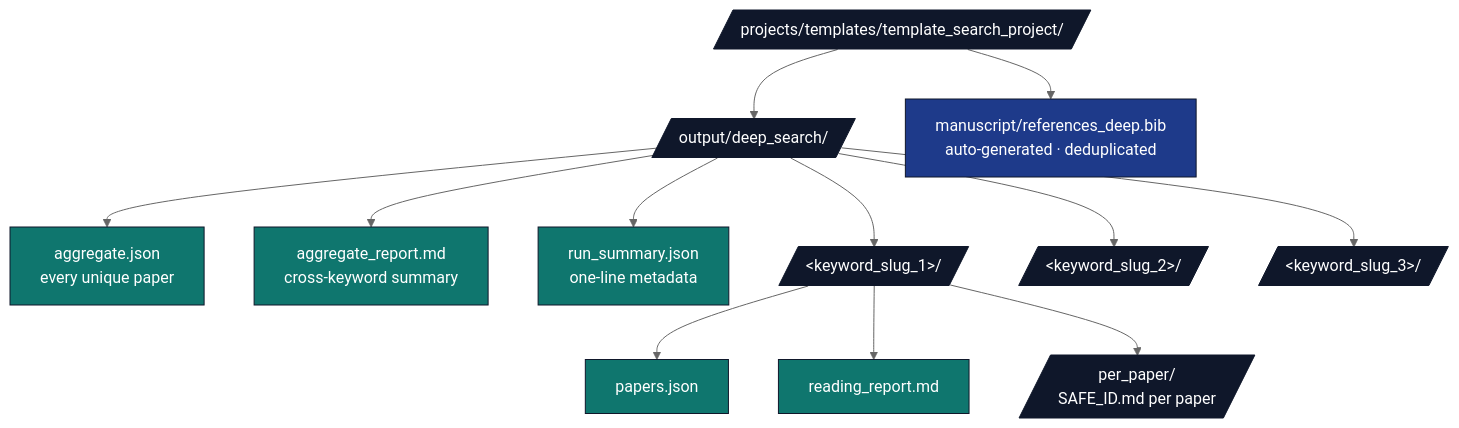
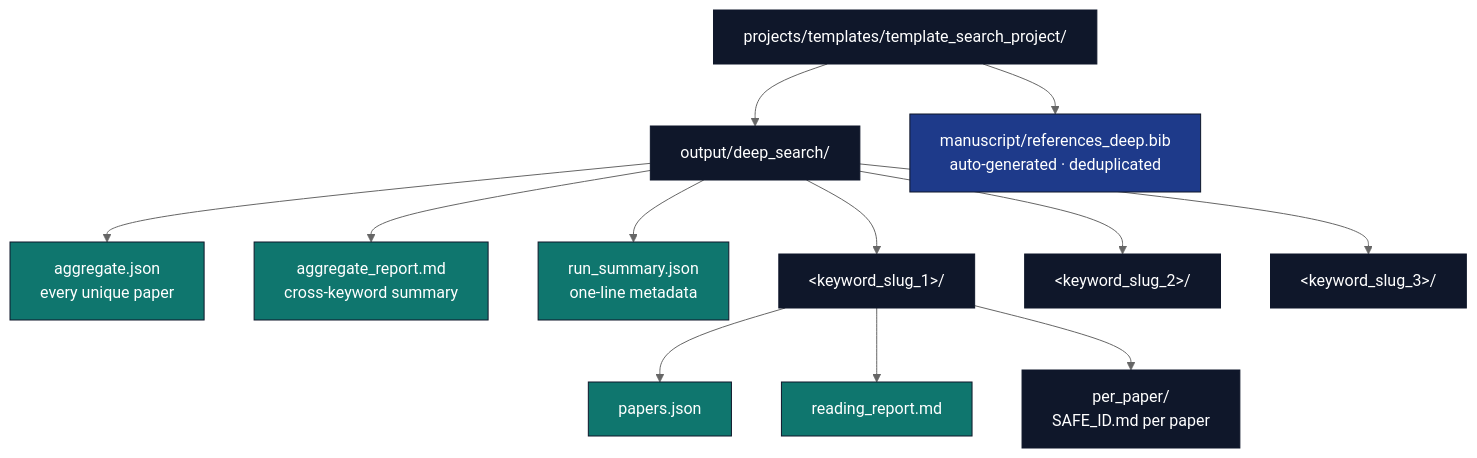
Before and after one commit to docxology/template: the second of 2 diagrams in projects/templates/template_search_project/manuscript/07_deep_search.md, drawn with Mermaid (neutral theme). The commit also changed other lines of this file and 1741 other files, not shown here.

````diff
--- a/projects/templates/template_search_project/manuscript/07_deep_search.md
+++ b/projects/templates/template_search_project/manuscript/07_deep_search.md
@@ -92,24 +92,24 @@
 ```mermaid
 flowchart TB
-    P[/projects/templates/template_search_project//]
-    P --> OUT[/output/deep_search//]
+    P["projects/templates/template_search_project/"]
+    P --> OUT["output/deep_search/"]
     P --> BIB[manuscript/references_deep.bib<br/>auto-generated · deduplicated]
 
     OUT --> AGG[aggregate.json<br/>every unique paper]
     OUT --> AMD[aggregate_report.md<br/>cross-keyword summary]
     OUT --> RS[run_summary.json<br/>one-line metadata]
-    OUT --> KW1[/&lt;keyword_slug_1&gt;//]
-    OUT --> KW2[/&lt;keyword_slug_2&gt;//]
-    OUT --> KW3[/&lt;keyword_slug_3&gt;//]
+    OUT --> KW1["&lt;keyword_slug_1&gt;/"]
+    OUT --> KW2["&lt;keyword_slug_2&gt;/"]
+    OUT --> KW3["&lt;keyword_slug_3&gt;/"]
 
     KW1 --> KW1_P[papers.json]
     KW1 --> KW1_R[reading_report.md]
-    KW1 --> KW1_PP[/per_paper/<br/>SAFE_ID.md per paper/]
+    KW1 --> KW1_PP["per_paper/<br/>SAFE_ID.md per paper"]
 
     classDef d fill:#0f172a,stroke:#0f172a,color:#fff
     classDef f fill:#0f766e,stroke:#0f172a,color:#fff
     classDef bib fill:#1e3a8a,stroke:#0f172a,color:#fff
     class P,OUT,KW1,KW2,KW3,KW1_PP d
     class AGG,AMD,RS,KW1_P,KW1_R f
     class BIB bib
 ```
````
